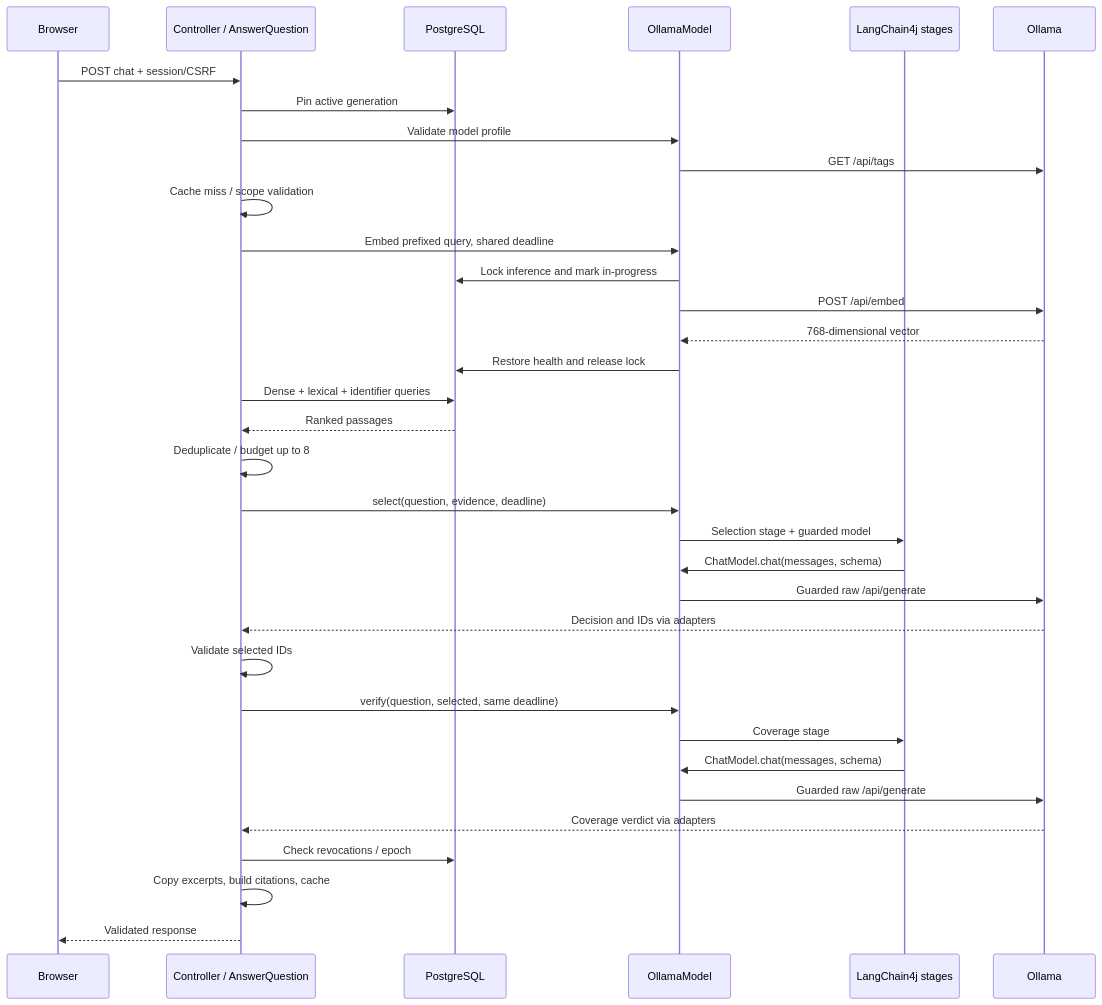
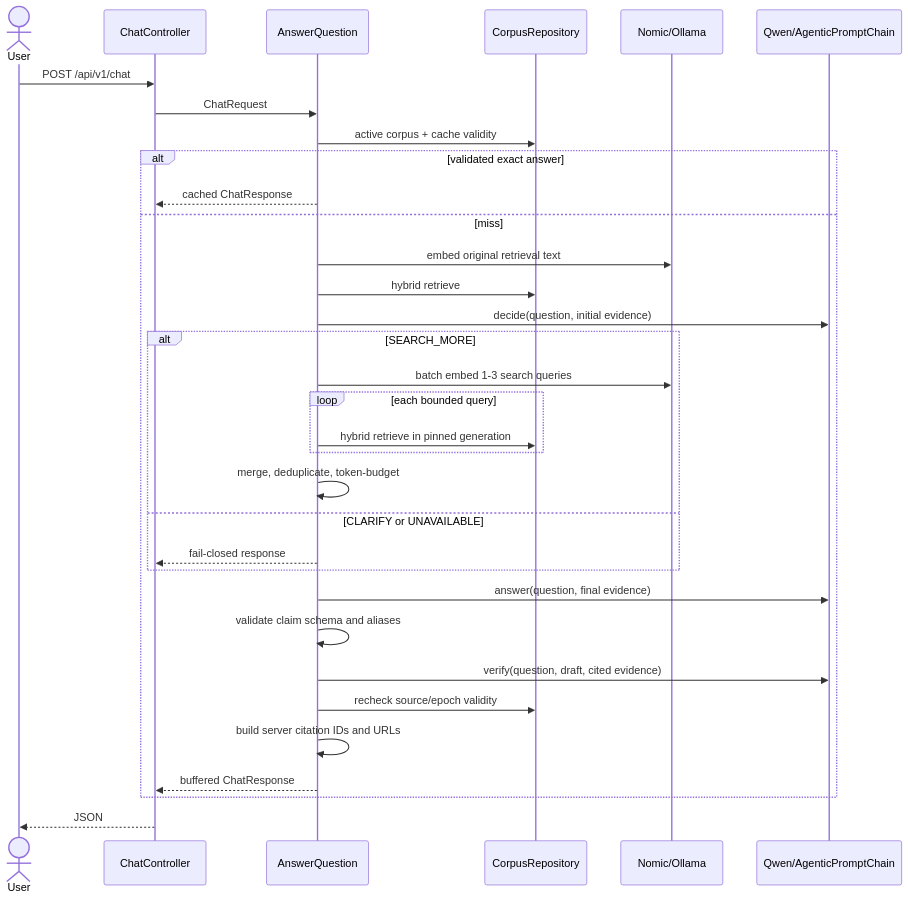
One commit to arpanc7/aws-tech-support-agent changed the second of 2 diagrams in docs/low-level-design.md. Above: the diagram before and after it, drawn with Mermaid. The commit also changed other lines of this file and 34 other files, not shown here.

Commit message:
feat: add bounded agentic RAG workflow

````diff
--- a/docs/low-level-design.md
+++ b/docs/low-level-design.md
@@ -58,36 +51,36 @@
-```mermaid
+~~~mermaid
 sequenceDiagram
-    participant U as Browser
-    participant A as Controller / AnswerQuestion
-    participant P as PostgreSQL
-    participant M as OllamaModel
-    participant S as LangChain4j stages
-    participant O as Ollama
-    U->>A: POST chat + session/CSRF
-    A->>P: Pin active generation
-    A->>M: Validate model profile
-    M->>O: GET /api/tags
-    A->>A: Cache miss / scope validation
-    A->>M: Embed prefixed query, shared deadline
-    M->>P: Lock inference and mark in-progress
-    M->>O: POST /api/embed
-    O-->>M: 768-dimensional vector
-    M->>P: Restore health and release lock
-    A->>P: Dense + lexical + identifier queries
-    P-->>A: Ranked passages
-    A->>A: Deduplicate / budget up to 8
-    A->>M: select(question, evidence, deadline)
-    M->>S: Selection stage + guarded model
-    S->>M: ChatModel.chat(messages, schema)
-    M->>O: Guarded raw /api/generate
-    O-->>A: Decision and IDs via adapters
-    A->>A: Validate selected IDs
-    A->>M: verify(question, selected, same deadline)
-    M->>S: Coverage stage
-    S->>M: ChatModel.chat(messages, schema)
-    M->>O: Guarded raw /api/generate
-    O-->>A: Coverage verdict via adapters
-    A->>P: Check revocations / epoch
-    A->>A: Copy excerpts, build citations, cache
-    A-->>U: Validated response
-```
+    actor U as User
+    participant C as ChatController
+    participant A as AnswerQuestion
+    participant R as CorpusRepository
+    participant N as Nomic/Ollama
+    participant Q as Qwen/AgenticPromptChain
+
+    U->>C: POST /api/v1/chat
+    C->>A: ChatRequest
+    A->>R: active corpus + cache validity
+    alt validated exact answer
+        A-->>C: cached ChatResponse
+    else miss
+        A->>N: embed original retrieval text
+        A->>R: hybrid retrieve
+        A->>Q: decide(question, initial evidence)
+        alt SEARCH_MORE
+            A->>N: batch embed 1-3 search queries
+            loop each bounded query
+                A->>R: hybrid retrieve in pinned generation
+            end
+            A->>A: merge, deduplicate, token-budget
+        else CLARIFY or UNAVAILABLE
+            A-->>C: fail-closed response
+        end
+        A->>Q: answer(question, final evidence)
+        A->>A: validate claim schema and aliases
+        A->>Q: verify(question, draft, cited evidence)
+        A->>R: recheck source/epoch validity
+        A->>A: build server citation IDs and URLs
+        A-->>C: buffered ChatResponse
+    end
+    C-->>U: JSON
+~~~
````
